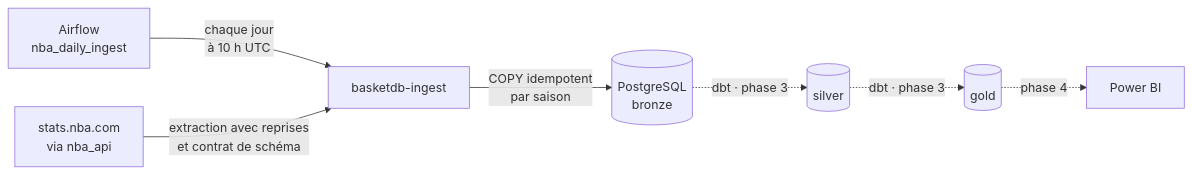
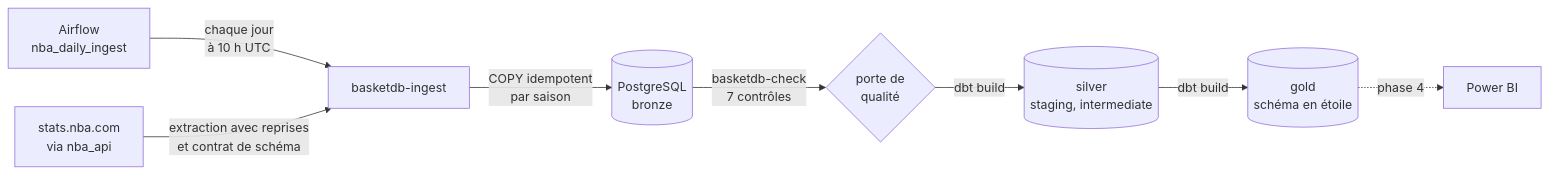
The diagram in README.md (ouahidyassine/basketdb-factory), drawn with Mermaid before and after one commit. The commit also changed other lines of this file and 1 other file, not shown here.

Commit message:
docs: close phase 3 with modeling documentation (#21)

````diff
--- a/README.md
+++ b/README.md
@@ -13,9 +22,10 @@
 ```mermaid
 flowchart LR
     G[Airflow<br/>nba_daily_ingest] -->|chaque jour<br/>à 10 h UTC| B
     A[stats.nba.com<br/>via nba_api] -->|extraction avec reprises<br/>et contrat de schéma| B[basketdb-ingest]
     B -->|COPY idempotent<br/>par saison| C[(PostgreSQL<br/>bronze)]
-    C -.->|dbt · phase 3| D[(silver)]
-    D -.->|dbt · phase 3| E[(gold)]
+    C -->|basketdb-check<br/>7 contrôles| Q{porte de<br/>qualité}
+    Q -->|dbt build| D[(silver<br/>staging, intermediate)]
+    D -->|dbt build| E[(gold<br/>schéma en étoile)]
     E -.->|phase 4| F[Power BI]
 ```
````
